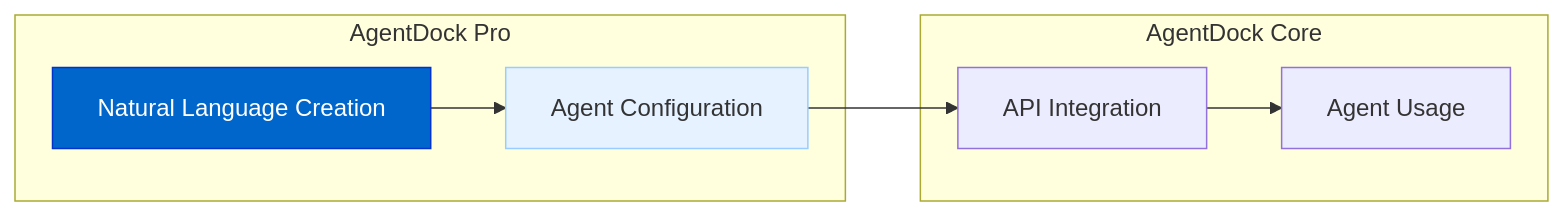
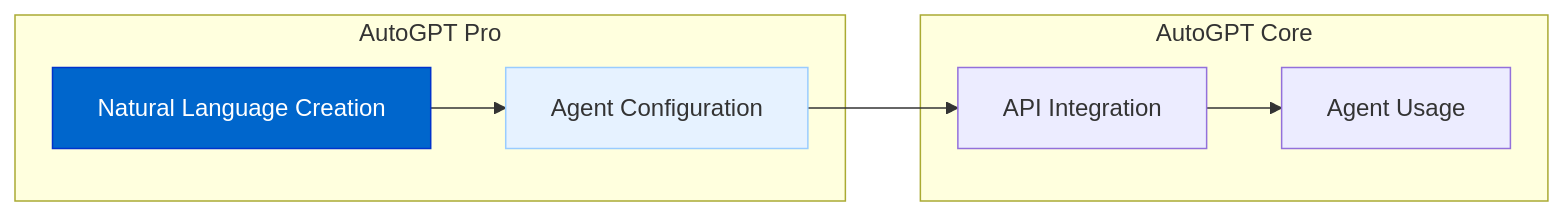
One commit to anvyle/Natural-Language-Agent-Workflow-Builder changed the seventh of 7 diagrams in README.md. Above: the diagram before and after it, drawn with Mermaid. The commit also changed other lines of this file, not shown here.

````diff
--- a/README.md
+++ b/README.md
@@ -226,15 +226,15 @@
 ```mermaid
 graph LR
-    subgraph "AgentDock Pro"
+    subgraph "AutoGPT Pro"
         A[Natural Language Creation] --> B[Agent Configuration]
     end
     
-    subgraph "AgentDock Core"
+    subgraph "AutoGPT Core"
         C[API Integration] --> D[Agent Usage]
     end
     
     B --> C
     
     style A fill:#0066cc,color:#ffffff,stroke:#0033cc
     style B fill:#e6f2ff,stroke:#99ccff
 ```
````
